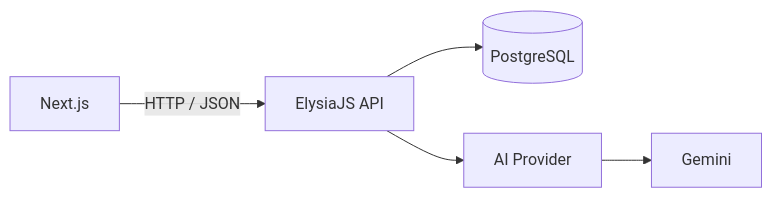
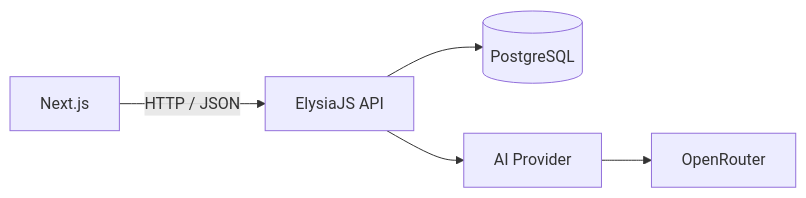
One commit to vivek1504/clinicOS changed the diagram in AI_USAGE.md. Above: the diagram before and after it, drawn with Mermaid. The commit also changed other lines of this file and 5 other files, not shown here.

````diff
--- a/AI_USAGE.md
+++ b/AI_USAGE.md
@@ -119,7 +119,7 @@
 ```mermaid
 flowchart LR
     A[Next.js] -->|HTTP / JSON| B[ElysiaJS API]
     B --> C[(PostgreSQL)]
     B --> D[AI Provider]
-    D --> E[Gemini]
+    D --> E[OpenRouter]
 ```
````
